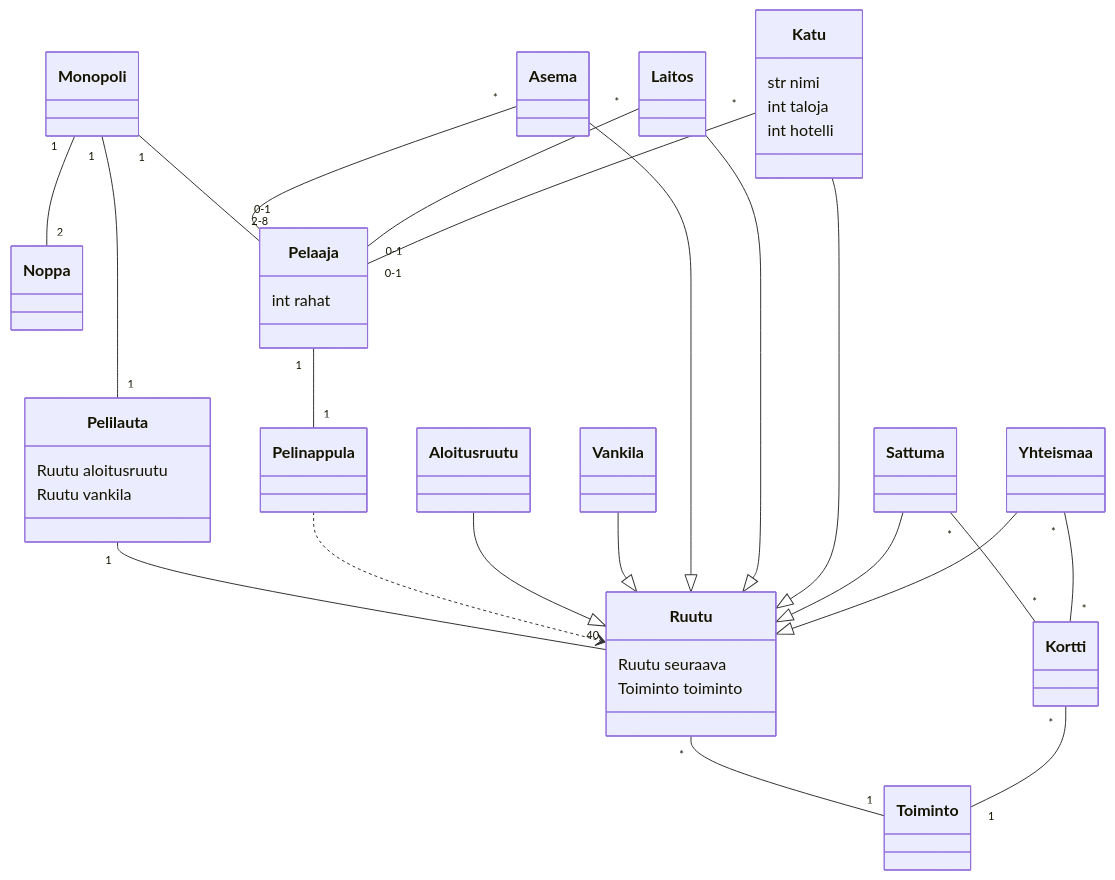
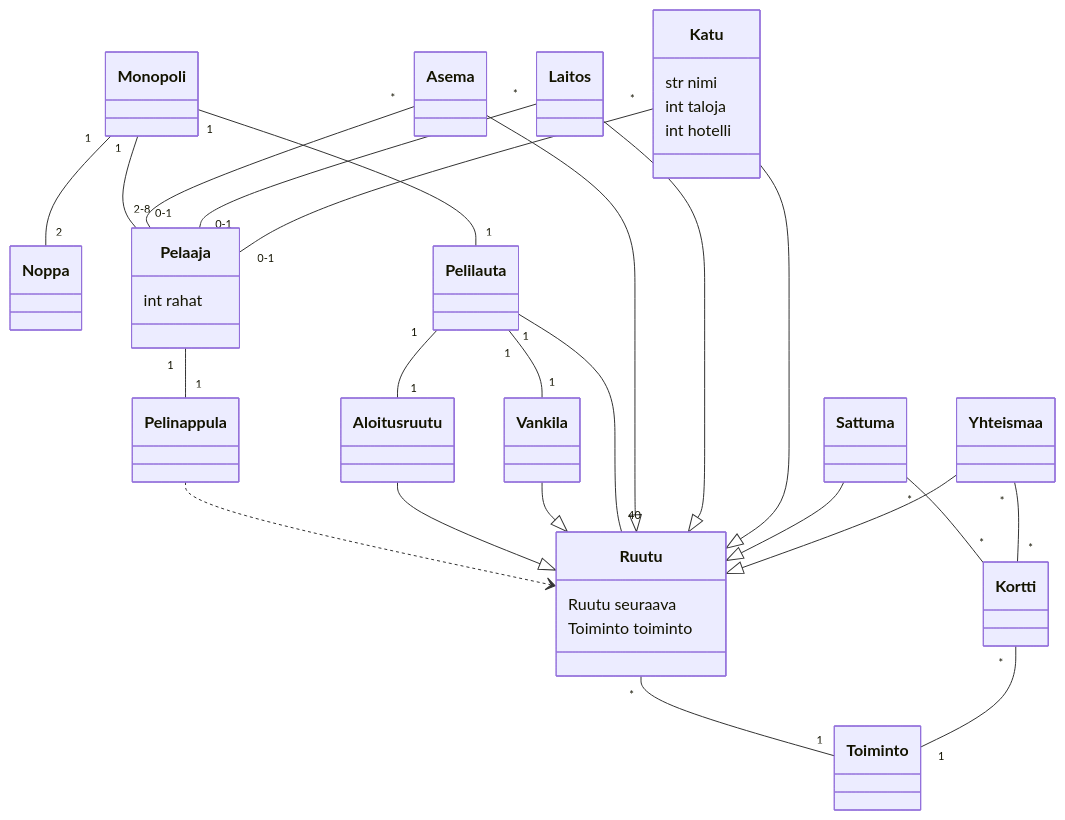
The diagram in laskarit/viikko3/monopoli.md (kivistoilkka/ot-harjoitustyo), drawn with Mermaid before and after one commit.

Commit message:
Viikko3, Tehtävä2: Laajennettu Monopoli, korjattu aloitusruudun ja vankilan yhteys pelilautaan

````diff
--- a/laskarit/viikko3/monopoli.md
+++ b/laskarit/viikko3/monopoli.md
@@ -1,55 +1,55 @@
 ```mermaid
 classDiagram
     class Monopoli
     class Noppa
     class Pelaaja {
         int rahat
     }
-    class Pelilauta {
-        Ruutu aloitusruutu
-        Ruutu vankila
-    }
+    class Pelilauta
     class Ruutu {
         Ruutu seuraava
         Toiminto toiminto
     }
     class Pelinappula
 
     class Aloitusruutu
     class Vankila
     class Sattuma
     class Yhteismaa
     class Asema
     class Laitos
     class Katu {
         str nimi
         int taloja
         int hotelli
     }
     class Toiminto
     class Kortti
 
     Monopoli "1" -- "2-8" Pelaaja
     Monopoli "1" -- "2" Noppa
     Monopoli "1" --  "1" Pelilauta
-    Pelilauta "1" -- "40" Ruutu
     Pelaaja "1" -- "1" Pelinappula
     Pelinappula ..> Ruutu
 
     Aloitusruutu --|> Ruutu
     Vankila --|> Ruutu
+    Pelilauta "1" -- "40" Ruutu
     Asema --|> Ruutu
     Laitos --|> Ruutu
     Katu --|> Ruutu
     Sattuma --|> Ruutu
     Yhteismaa --|> Ruutu
+
+    Pelilauta "1" -- "1" Aloitusruutu
+    Pelilauta "1" -- "1" Vankila
 
     Ruutu "*" -- "1" Toiminto
     Sattuma "*" -- "*" Kortti
     Yhteismaa "*" -- "*" Kortti
     Kortti "*" -- "1" Toiminto
     Asema "*" -- "0-1" Pelaaja
     Laitos "*" -- "0-1" Pelaaja
     Katu "*" -- "0-1" Pelaaja
     
 ```
````
